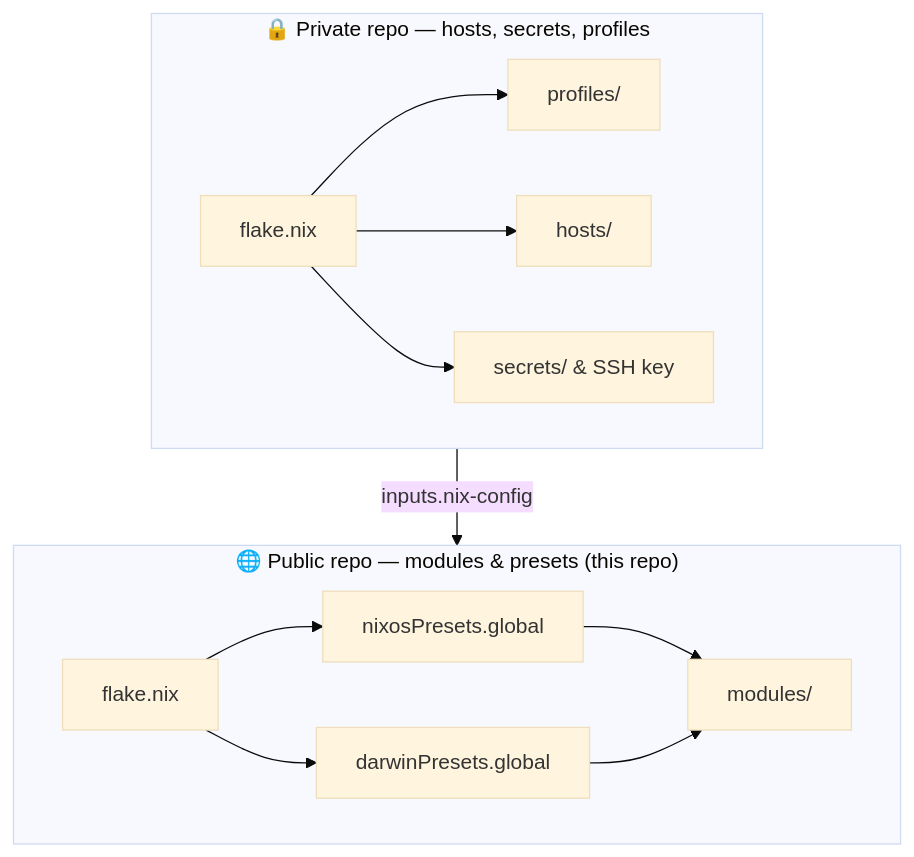
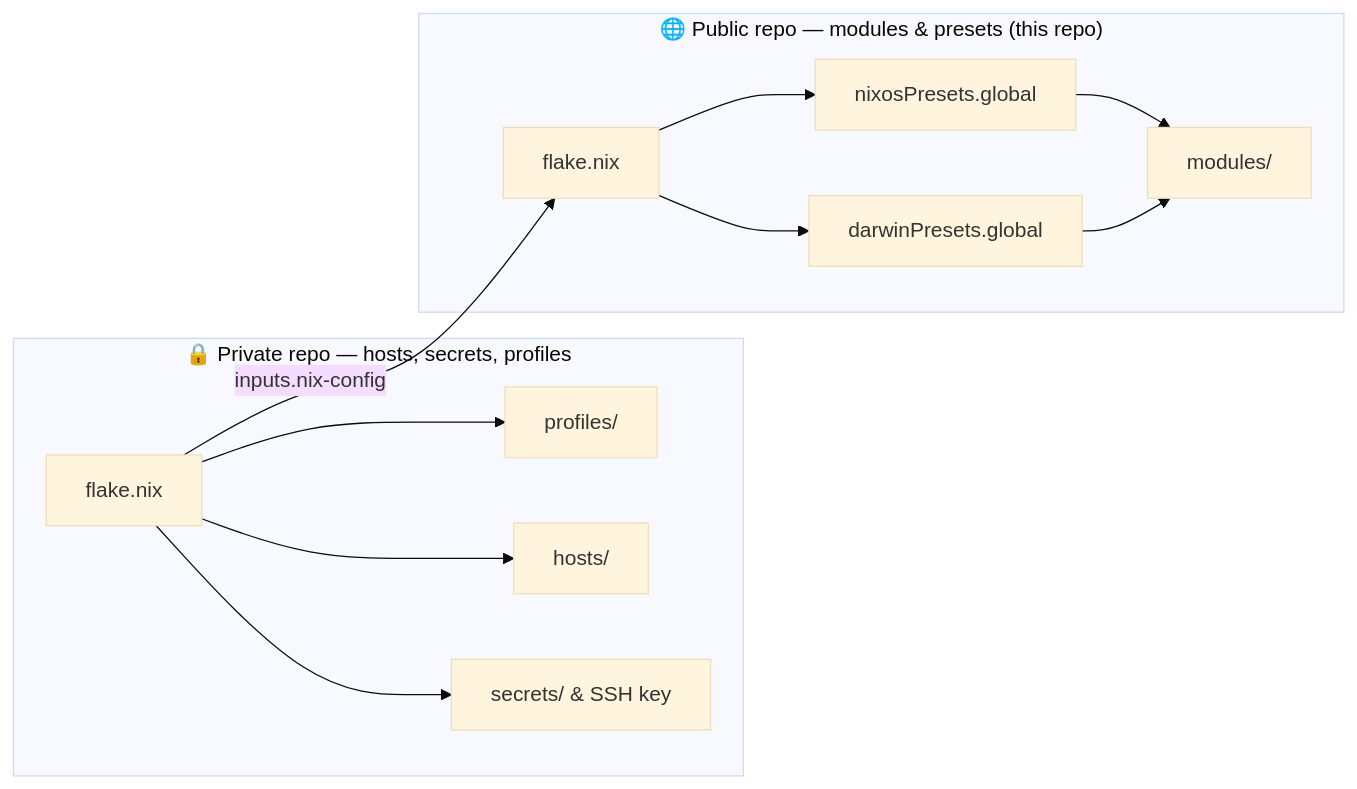
The diagram in README.md (computercam/nix-config), drawn with Mermaid (base theme) before and after one commit.

Commit message:
Diagram: switch to flowchart LR for proper tree layout

````diff
--- a/README.md
+++ b/README.md
@@ -9,17 +9,15 @@
 ```mermaid
-graph TD
+flowchart LR
   subgraph Private["🔒 Private repo — hosts, secrets, profiles"]
-    direction LR
     PF["flake.nix"] --> P["profiles/"]
     PF --> H["hosts/"]
     PF --> SE["secrets/ & SSH key"]
   end
 
   subgraph Public["🌐 Public repo — modules & presets (this repo)"]
-    direction LR
     F["flake.nix"] --> NP["nixosPresets.global"] --> M["modules/"]
     F --> DP["darwinPresets.global"] --> M
   end
 
   PF -->|"inputs.nix-config"| F
 ```
````
